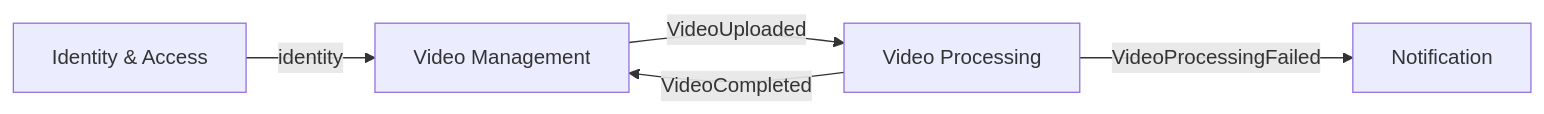
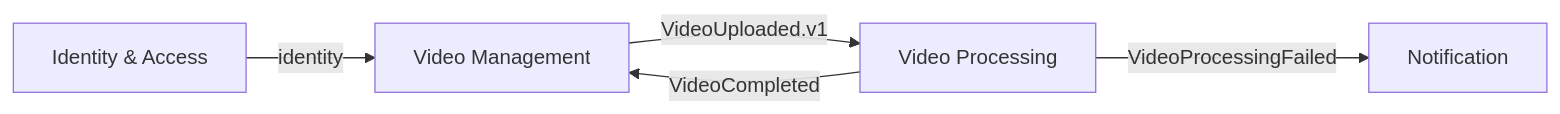
Before and after one commit to cesargomesjr/video-processing-platform: the diagram in docs/architecture/context-map.md, drawn with Mermaid. The commit also changed 21 other files, not shown here.

Commit message:
docs(video): refine EPIC-003 architecture

````diff
--- a/docs/architecture/context-map.md
+++ b/docs/architecture/context-map.md
@@ -3,12 +3,12 @@
 ```mermaid
 flowchart LR
     IAM[Identity & Access]
     VM[Video Management]
     VP[Video Processing]
     NT[Notification]
 
     IAM -->|identity| VM
-    VM -->|VideoUploaded| VP
+    VM -->|VideoUploaded.v1| VP
     VP -->|VideoCompleted| VM
     VP -->|VideoProcessingFailed| NT
 ```
````
